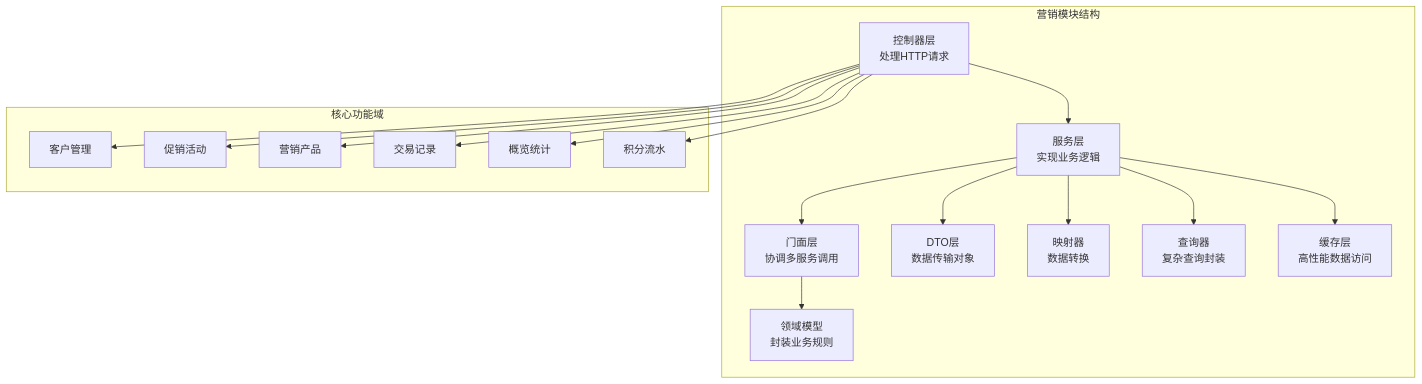
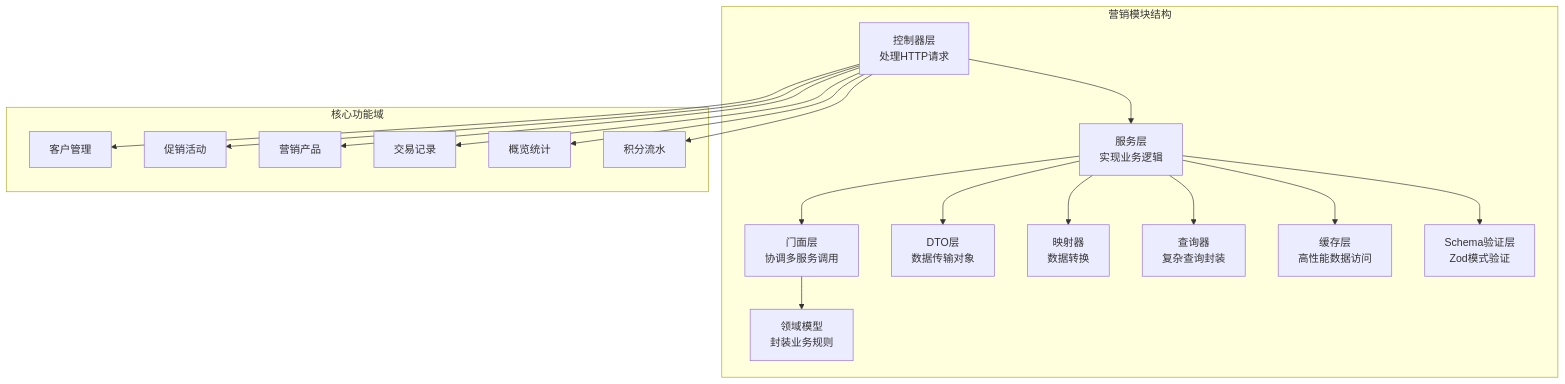
One commit to rc558620/purelyprofit-server changed the first of 38 diagrams in .qoder/repowiki/zh/content/业务模块/营销推广模块/营销推广模块.md. Above: the diagram before and after it, drawn with Mermaid. The commit also changed other lines of this file and 25 other files, not shown here.

````diff
--- a/.qoder/repowiki/zh/content/业务模块/营销推广模块/营销推广模块.md
+++ b/.qoder/repowiki/zh/content/业务模块/营销推广模块/营销推广模块.md
@@ -181,34 +115,36 @@
 ```mermaid
 graph TB
 subgraph "营销模块结构"
 Controllers["控制器层<br/>处理HTTP请求"]
 Services["服务层<br/>实现业务逻辑"]
 Facades["门面层<br/>协调多服务调用"]
 Domain["领域模型<br/>封装业务规则"]
 DTOs["DTO层<br/>数据传输对象"]
 Mappers["映射器<br/>数据转换"]
 Queries["查询器<br/>复杂查询封装"]
 Cache["缓存层<br/>高性能数据访问"]
+Schemas["Schema验证层<br/>Zod模式验证"]
 end
 subgraph "核心功能域"
 Customers["客户管理"]
 Promotions["促销活动"]
 Products["营销产品"]
 Transactions["交易记录"]
 Overview["概览统计"]
 PointsRecords["积分流水"]
 end
 Controllers --> Services
 Services --> Facades
 Facades --> Domain
 Services --> DTOs
 Services --> Mappers
 Services --> Queries
 Services --> Cache
+Services --> Schemas
 Controllers --> Customers
 Controllers --> Promotions
 Controllers --> Products
 Controllers --> Transactions
 Controllers --> Overview
 Controllers --> PointsRecords
 ```
````
